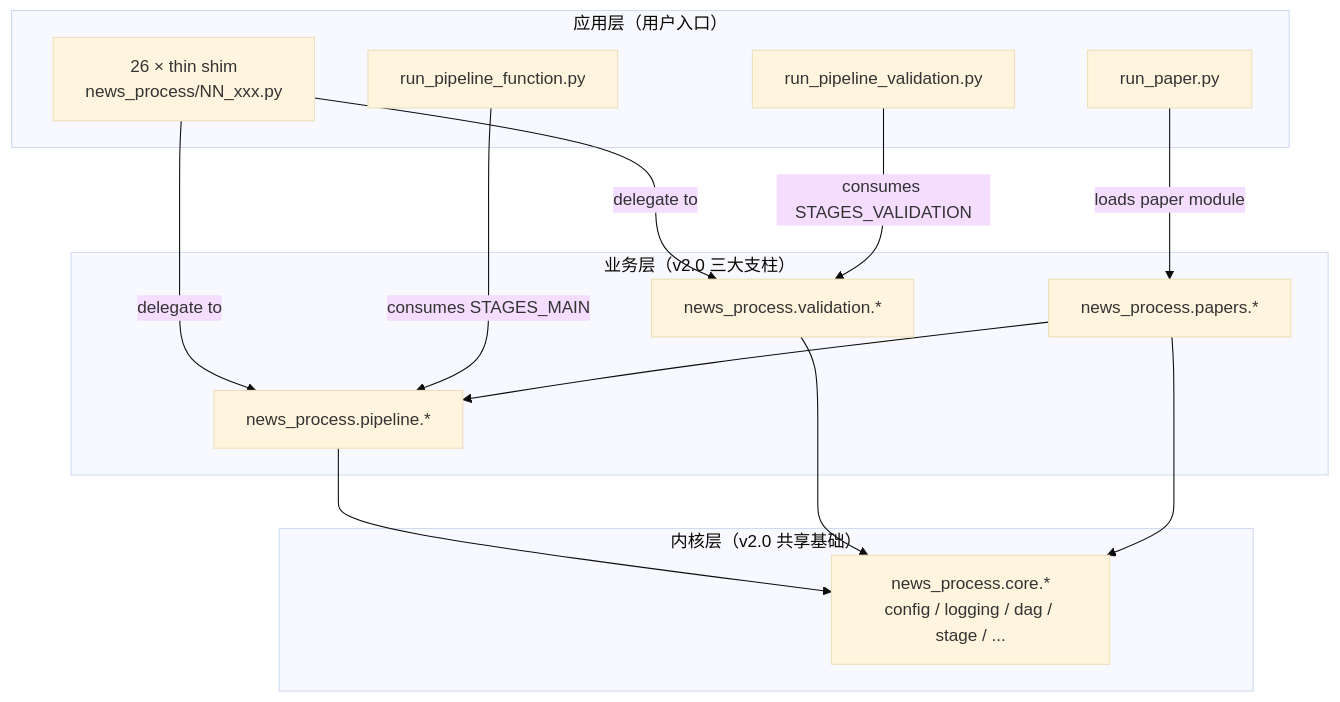
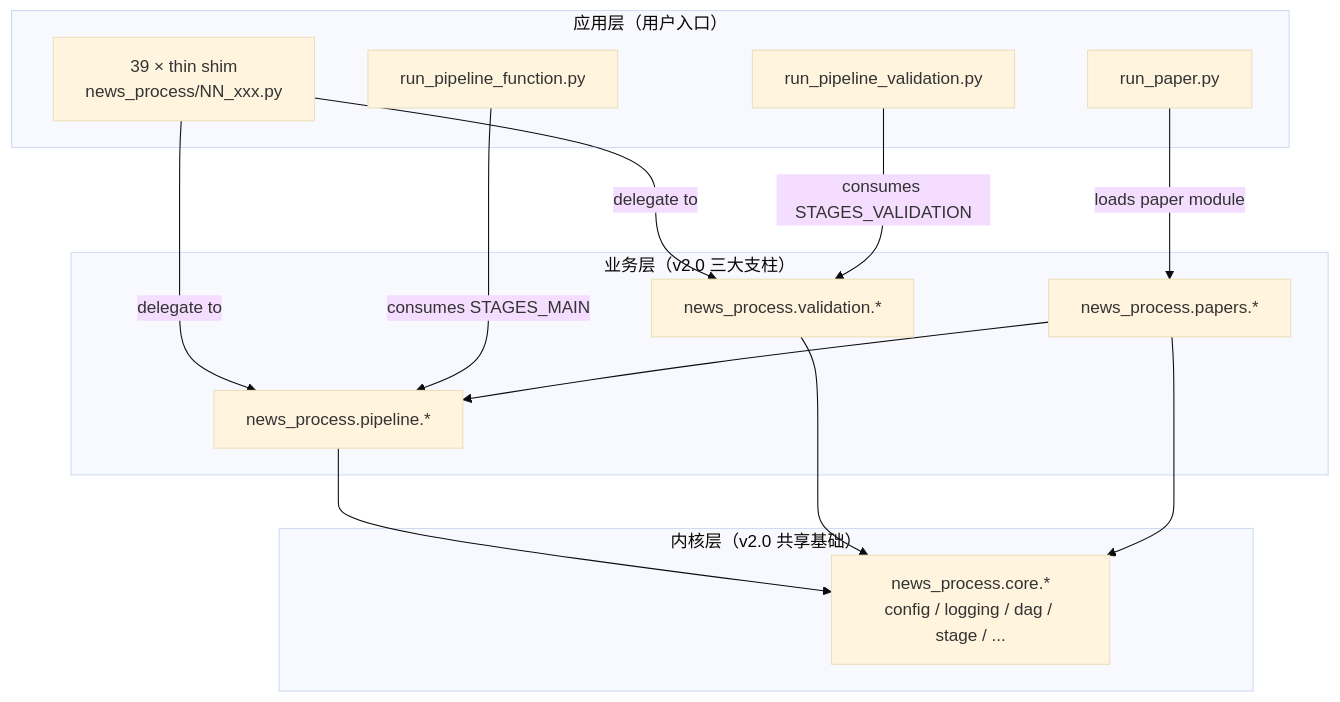
The first of 2 diagrams in docs/architecture.md (lizhenbimsa/data_antigravity_project), drawn with Mermaid (base theme) before and after one commit. The commit also changed other lines of this file and 9 other files, not shown here.

````diff
--- a/docs/architecture.md
+++ b/docs/architecture.md
@@ -35,30 +43,30 @@
 ```{mermaid}
 graph TB
     subgraph "应用层（用户入口）"
-        RootShim[26 × thin shim<br/>news_process/NN_xxx.py]
+        RootShim[39 × thin shim<br/>news_process/NN_xxx.py]
         RunMain[run_pipeline_function.py]
         RunVal[run_pipeline_validation.py]
         RunPaper[run_paper.py]
     end
 
     subgraph "业务层（v2.0 三大支柱）"
         Pipeline[news_process.pipeline.*]
         Validation[news_process.validation.*]
         Papers[news_process.papers.*]
     end
 
     subgraph "内核层（v2.0 共享基础）"
         Core[news_process.core.*<br/>config / logging / dag / stage / ...]
     end
 
     RootShim -->|delegate to| Pipeline
     RootShim -->|delegate to| Validation
     RunMain -->|consumes STAGES_MAIN| Pipeline
     RunVal -->|consumes STAGES_VALIDATION| Validation
     RunPaper -->|loads paper module| Papers
 
     Pipeline --> Core
     Validation --> Core
     Papers --> Core
     Papers --> Pipeline
 ```
````
